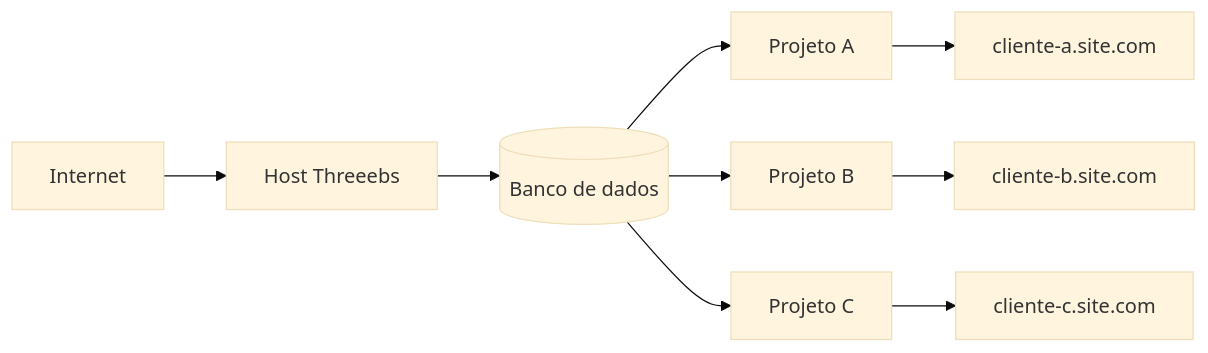
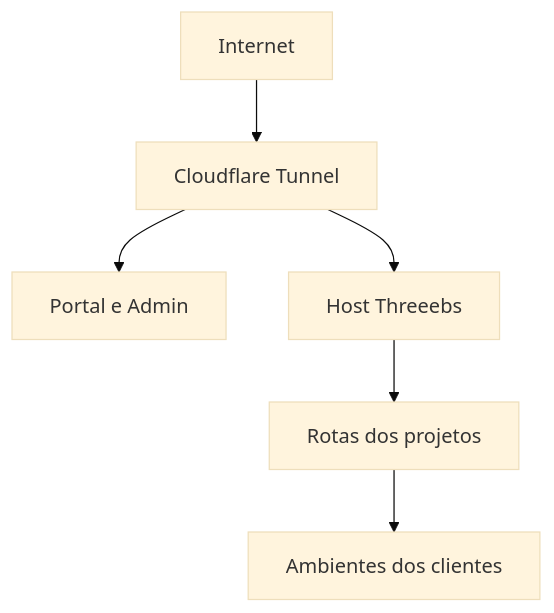
One commit to Tiao-gpt/threeebs changed the diagram in README.md. Above: the diagram before and after it, drawn with Mermaid (base theme). The commit also changed other lines of this file and 11 other files, not shown here.

````diff
--- a/README.md
+++ b/README.md
@@ -90,14 +16,8 @@
-```mermaid
-flowchart LR
-    A[Internet] --> B[Host Threeebs]
-
-    B --> C[(Banco de dados)]
-
-    C --> D[Projeto A]
-    C --> E[Projeto B]
-    C --> F[Projeto C]
-
-    D --> G[cliente-a.site.com]
-    E --> H[cliente-b.site.com]
-    F --> I[cliente-c.site.com]
-```
+~~~mermaid
+flowchart TD
+    I[Internet] --> C[Cloudflare Tunnel]
+    C --> P[Portal e Admin]
+    C --> H[Host Threeebs]
+    H --> R[Rotas dos projetos]
+    R --> E[Ambientes dos clientes]
+~~~
````
